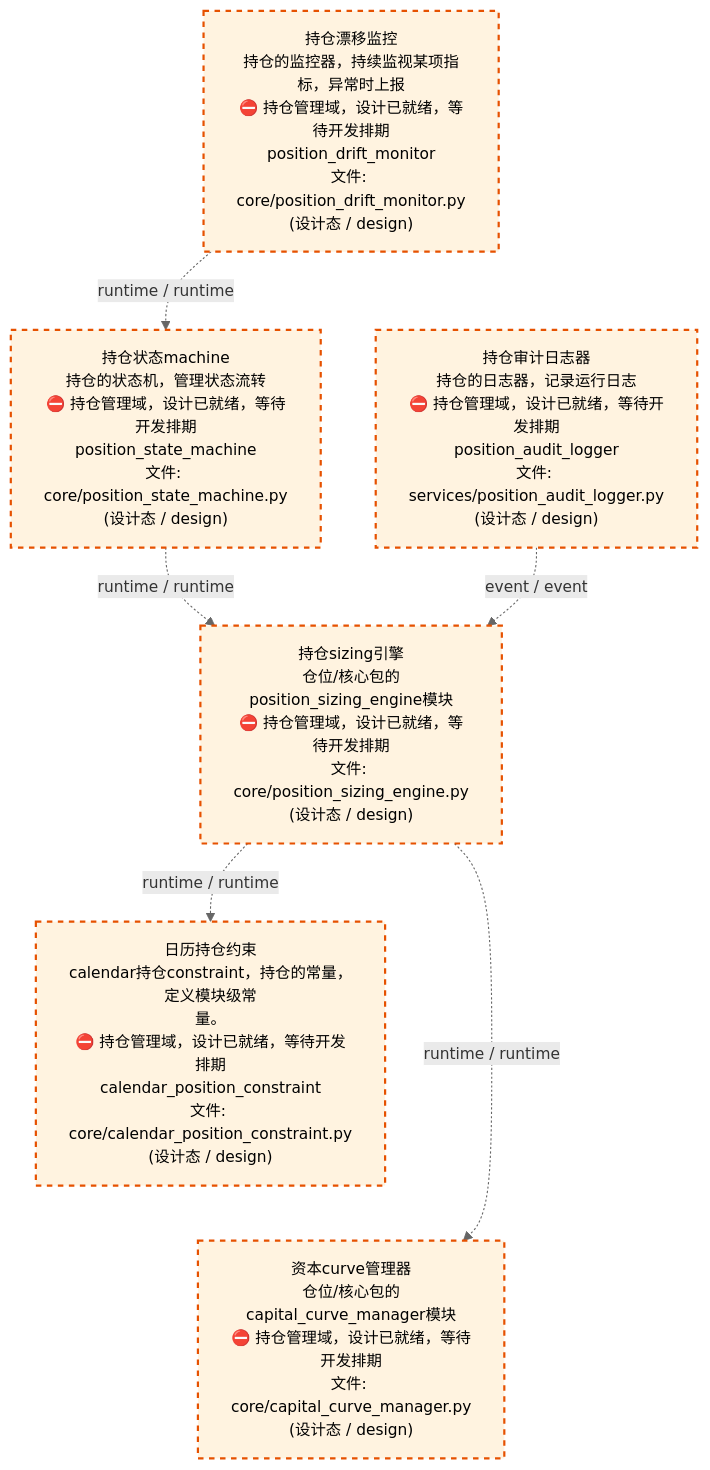
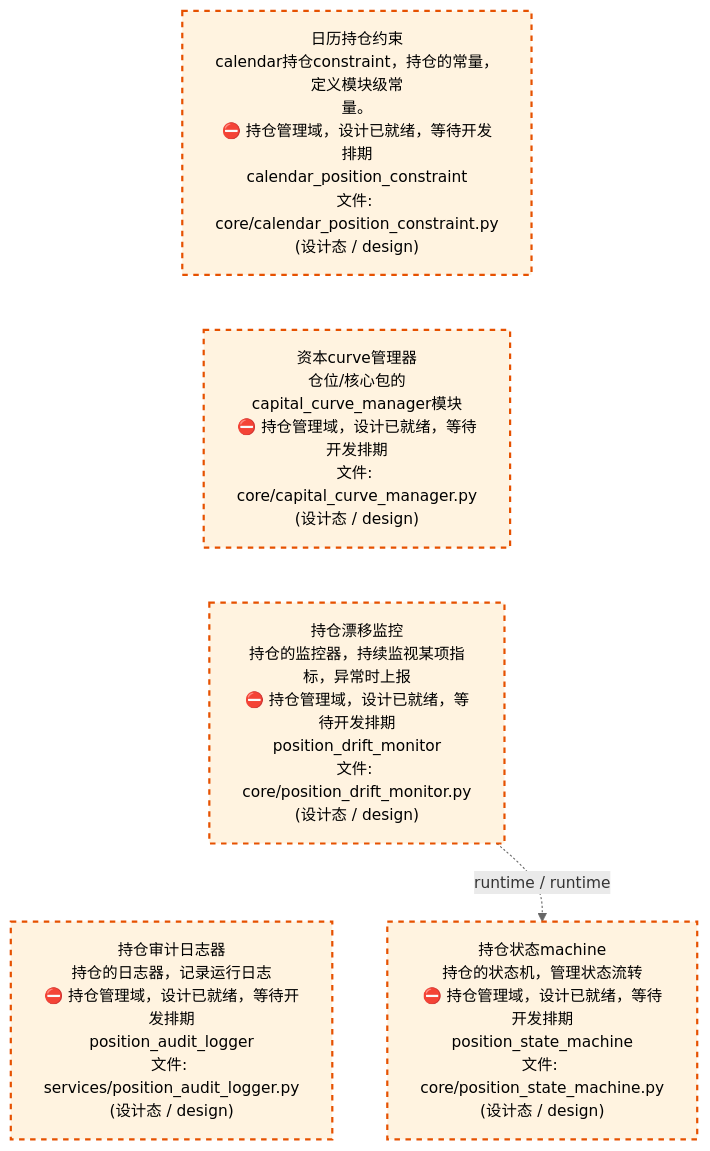
Before and after one commit to xuanFelixVan/ZephyrAlpha: the third of 4 diagrams in docs/02_enterprise_architecture/02_domain_architecture_docs/64_d_position.md, drawn with Mermaid. The commit also changed other lines of this file and 45 other files, not shown here.

````diff
--- a/docs/02_enterprise_architecture/02_domain_architecture_docs/64_d_position.md
+++ b/docs/02_enterprise_architecture/02_domain_architecture_docs/64_d_position.md
@@ -136,22 +147,18 @@
 ```mermaid
 %%{init: {'theme': 'base', 'themeVariables': {'primaryColor': '#eaeaea', 'primaryTextColor': '#333333', 'primaryBorderColor': '#666666', 'lineColor': '#666666', 'secondaryColor': '#eaeaea', 'tertiaryColor': '#eaeaea', 'fontSize': '14px'}}}%%
 flowchart TD
+    src_zephyr_position_core_calendar_position_constraint_py["日历持仓约束<br/>calendar持仓constraint，持仓的常量，定义模块级常<br/>量。<br/>⛔ 持仓管理域，设计已就绪，等待开发排期<br/>calendar_position_constraint<br/>文件: core/calendar_position_constraint.py<br/>(设计态 / design)"]
+    src_zephyr_position_core_capital_curve_manager_py["资本curve管理器<br/>仓位/核心包的capital_curve_manager模块<br/>⛔ 持仓管理域，设计已就绪，等待开发排期<br/>文件: core/capital_curve_manager.py<br/>(设计态 / design)"]
     src_zephyr_position_core_position_drift_monitor_py["持仓漂移监控<br/>持仓的监控器，持续监视某项指标，异常时上报<br/>⛔ 持仓管理域，设计已就绪，等待开发排期<br/>position_drift_monitor<br/>文件: core/position_drift_monitor.py<br/>(设计态 / design)"]
     src_zephyr_position_services_position_audit_logger_py["持仓审计日志器<br/>持仓的日志器，记录运行日志<br/>⛔ 持仓管理域，设计已就绪，等待开发排期<br/>position_audit_logger<br/>文件: services/position_audit_logger.py<br/>(设计态 / design)"]
+    src_zephyr_position_core_calendar_position_constraint_py ~~~ src_zephyr_position_core_capital_curve_manager_py
+    src_zephyr_position_core_capital_curve_manager_py ~~~ src_zephyr_position_core_position_drift_monitor_py
     src_zephyr_position_core_position_drift_monitor_py ~~~ src_zephyr_position_services_position_audit_logger_py
     src_zephyr_position_core_position_state_machine_py["持仓状态machine<br/>持仓的状态机，管理状态流转<br/>⛔ 持仓管理域，设计已就绪，等待开发排期<br/>position_state_machine<br/>文件: core/position_state_machine.py<br/>(设计态 / design)"]
-    src_zephyr_position_core_position_sizing_engine_py["持仓sizing引擎<br/>仓位/核心包的position_sizing_engine模块<br/>⛔ 持仓管理域，设计已就绪，等待开发排期<br/>文件: core/position_sizing_engine.py<br/>(设计态 / design)"]
-    src_zephyr_position_core_calendar_position_constraint_py["日历持仓约束<br/>calendar持仓constraint，持仓的常量，定义模块级常<br/>量。<br/>⛔ 持仓管理域，设计已就绪，等待开发排期<br/>calendar_position_constraint<br/>文件: core/calendar_position_constraint.py<br/>(设计态 / design)"]
-    src_zephyr_position_core_capital_curve_manager_py["资本curve管理器<br/>仓位/核心包的capital_curve_manager模块<br/>⛔ 持仓管理域，设计已就绪，等待开发排期<br/>文件: core/capital_curve_manager.py<br/>(设计态 / design)"]
-    src_zephyr_position_core_calendar_position_constraint_py ~~~ src_zephyr_position_core_capital_curve_manager_py
-    src_zephyr_position_core_position_sizing_engine_py -.->|runtime / runtime| src_zephyr_position_core_capital_curve_manager_py
-    src_zephyr_position_core_position_sizing_engine_py -.->|runtime / runtime| src_zephyr_position_core_calendar_position_constraint_py
-    src_zephyr_position_core_position_state_machine_py -.->|runtime / runtime| src_zephyr_position_core_position_sizing_engine_py
     src_zephyr_position_core_position_drift_monitor_py -.->|runtime / runtime| src_zephyr_position_core_position_state_machine_py
-    src_zephyr_position_services_position_audit_logger_py -.->|event / event| src_zephyr_position_core_position_sizing_engine_py
     classDef production fill:#e1f5fe,stroke:#01579b,stroke-width:2px,color:#000
     classDef design fill:#fff3e0,stroke:#e65100,stroke-width:2px,color:#000,stroke-dasharray: 5 5
     classDef external_prod fill:#e8f4fd,stroke:#0277bd,stroke-width:1px,color:#000
     classDef external_design fill:#fff8e7,stroke:#ef6c00,stroke-width:1px,color:#000,stroke-dasharray: 5 5
-    class src_zephyr_position_core_calendar_position_constraint_py,src_zephyr_position_core_capital_curve_manager_py,src_zephyr_position_core_position_drift_monitor_py,src_zephyr_position_core_position_sizing_engine_py,src_zephyr_position_core_position_state_machine_py,src_zephyr_position_services_position_audit_logger_py design
+    class src_zephyr_position_core_calendar_position_constraint_py,src_zephyr_position_core_capital_curve_manager_py,src_zephyr_position_core_position_drift_monitor_py,src_zephyr_position_core_position_state_machine_py,src_zephyr_position_services_position_audit_logger_py design
 ```
````
